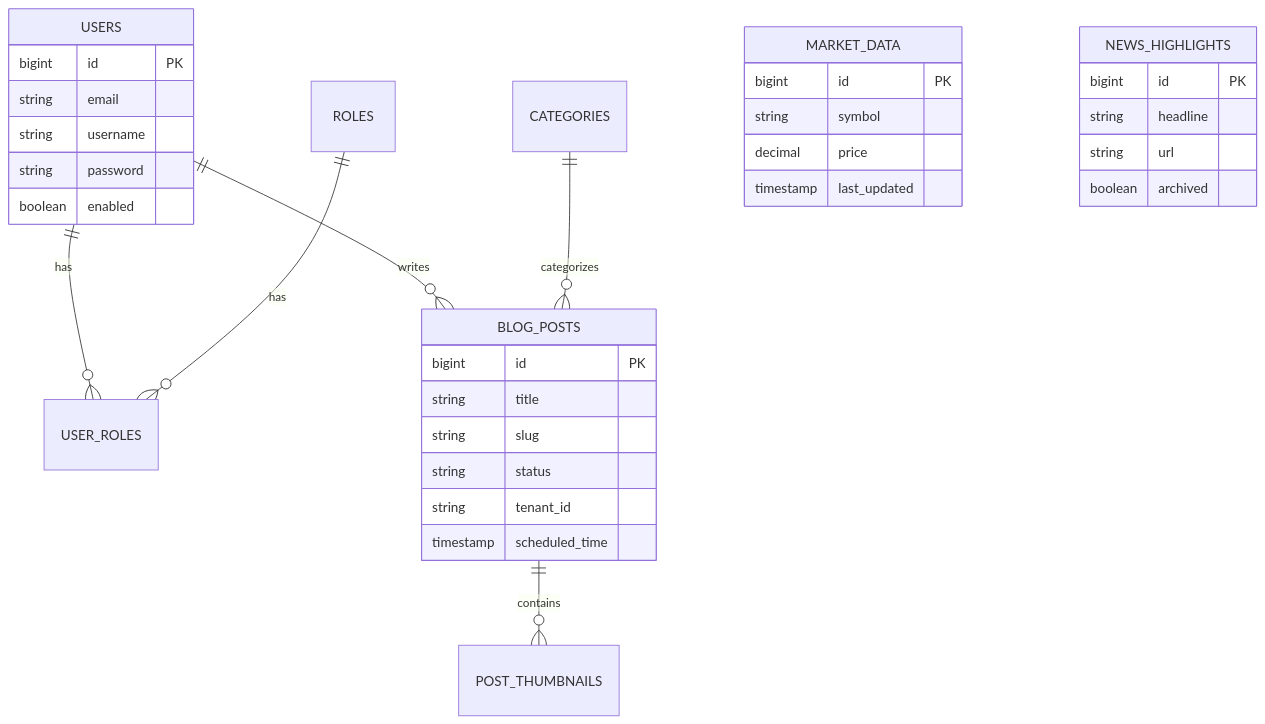
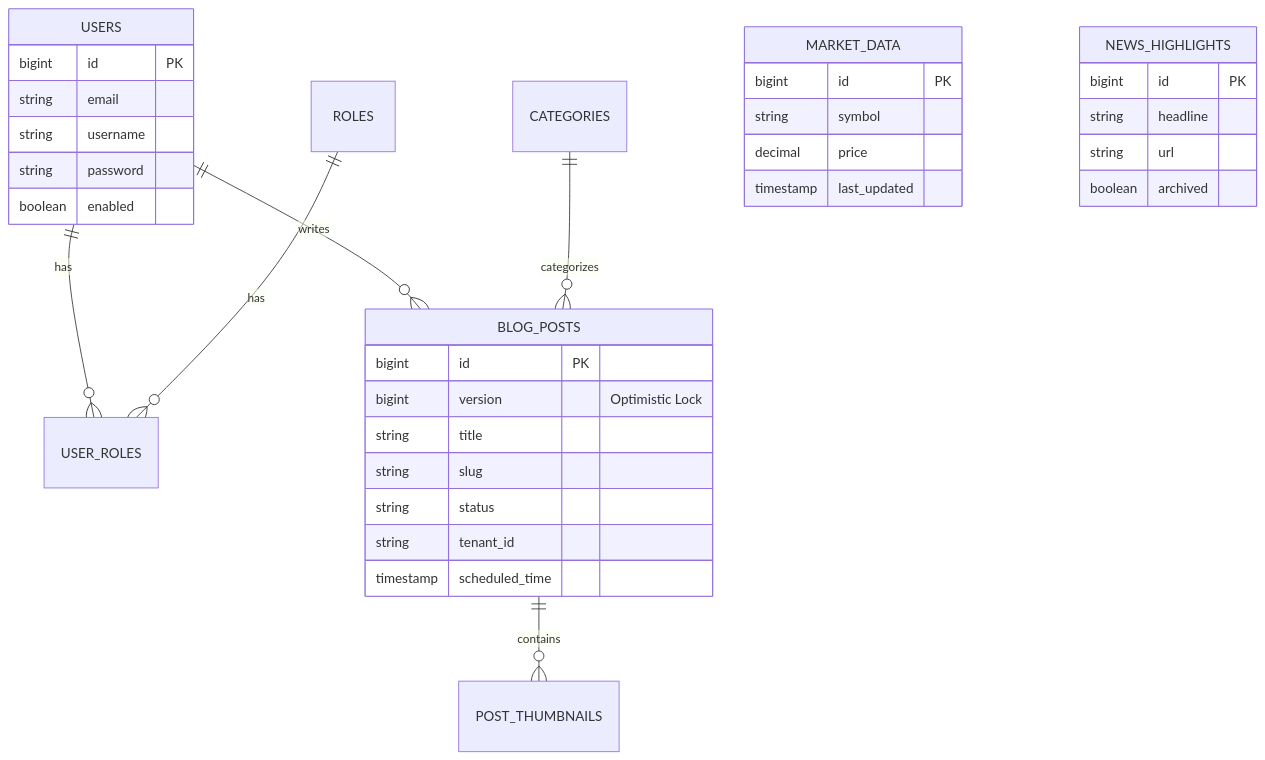
Before and after one commit to callitask/finance-api: the diagram in docs/05-DATABASE-SCHEMA.md, drawn with Mermaid. The commit also changed other lines of this file and 8 other files, not shown here.

First line of the commit message:
tfin-financeapi-Develop.0.0.0.3 + Enterprise Grade Architecture (Caching, Locking, Safe I/O)

````diff
--- a/docs/05-DATABASE-SCHEMA.md
+++ b/docs/05-DATABASE-SCHEMA.md
@@ -15,39 +15,40 @@
 ```mermaid
 erDiagram
     USERS ||--o{ USER_ROLES : has
     ROLES ||--o{ USER_ROLES : has
     USERS ||--o{ BLOG_POSTS : writes
     CATEGORIES ||--o{ BLOG_POSTS : categorizes
     BLOG_POSTS ||--o{ POST_THUMBNAILS : contains
     
     BLOG_POSTS {
         bigint id PK
+        bigint version "Optimistic Lock"
         string title
         string slug
         string status
         string tenant_id
         timestamp scheduled_time
     }
 
     USERS {
         bigint id PK
         string email
         string username
         string password
         boolean enabled
     }
 
     MARKET_DATA {
         bigint id PK
         string symbol
         decimal price
         timestamp last_updated
     }
 
     NEWS_HIGHLIGHTS {
         bigint id PK
         string headline
         string url
         boolean archived
     }
 ```
````
